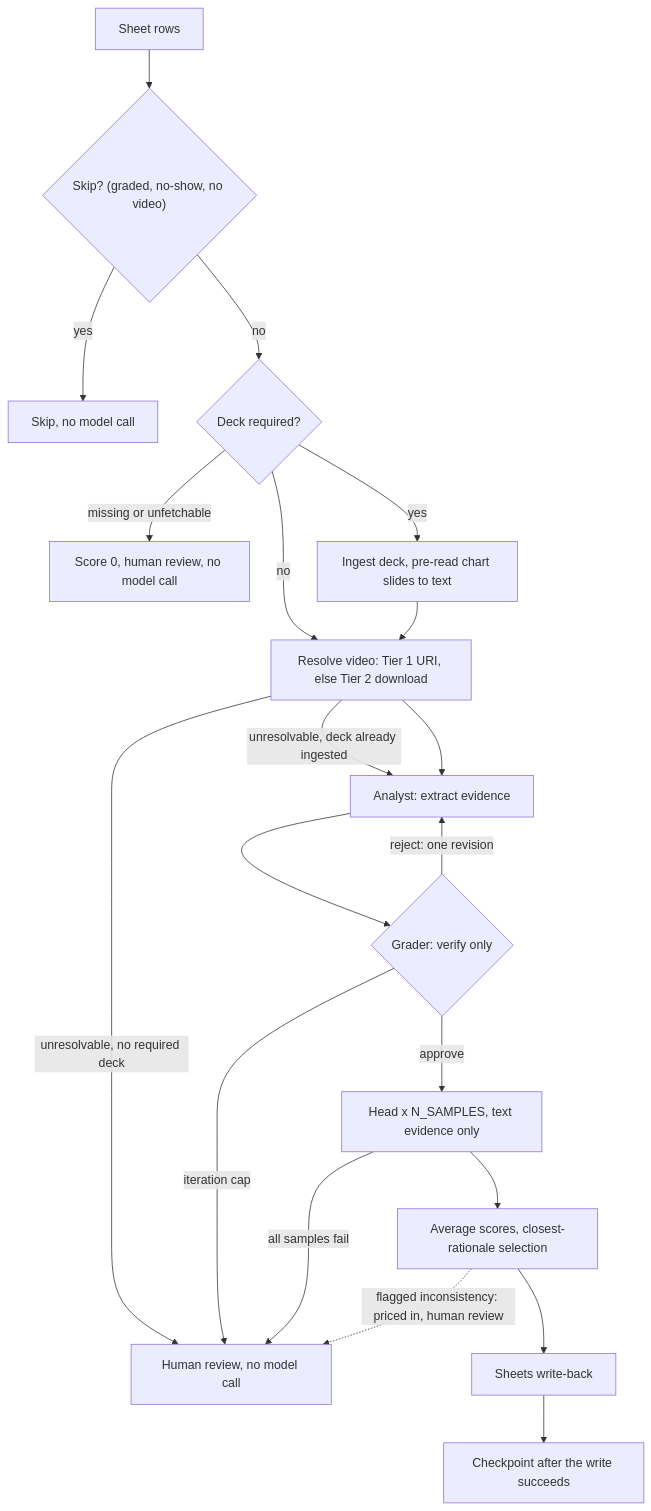
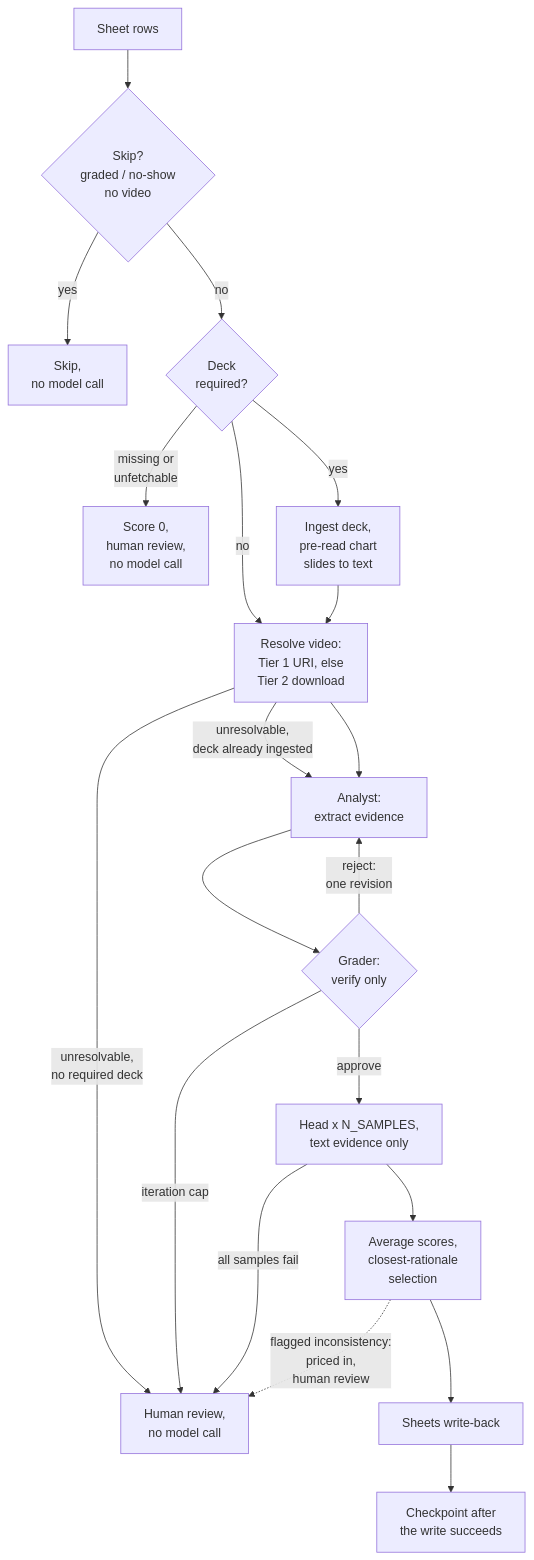
The diagram in README.md (NBeibarys/Project-AI-Judge), drawn with Mermaid before and after one commit.

Commit message:
docs: wrap mermaid labels so GitHub stops clipping them

````diff
--- a/README.md
+++ b/README.md
@@ -47,22 +47,22 @@
 ```mermaid
 flowchart TD
-    sheet["Sheet rows"] --> gate{"Skip? (graded, no-show, no video)"}
-    gate -->|yes| skip["Skip, no model call"]
-    gate -->|no| deck{"Deck required?"}
-    deck -->|"missing or unfetchable"| zero["Score 0, human review, no model call"]
-    deck -->|yes| ingest["Ingest deck, pre-read chart slides to text"]
-    deck -->|no| video["Resolve video: Tier 1 URI, else Tier 2 download"]
+    sheet["Sheet rows"] --> gate{"Skip?<br/>graded / no-show<br/>no video"}
+    gate -->|yes| skip["Skip,<br/>no model call"]
+    gate -->|no| deck{"Deck<br/>required?"}
+    deck -->|"missing or<br/>unfetchable"| zero["Score 0,<br/>human review,<br/>no model call"]
+    deck -->|yes| ingest["Ingest deck,<br/>pre-read chart<br/>slides to text"]
+    deck -->|no| video["Resolve video:<br/>Tier 1 URI, else<br/>Tier 2 download"]
     ingest --> video
-    video -->|"unresolvable, no required deck"| human["Human review, no model call"]
-    video -->|"unresolvable, deck already ingested"| analyst["Analyst: extract evidence"]
-    video --> analyst["Analyst: extract evidence"]
-    analyst --> grader{"Grader: verify only"}
-    grader -->|"reject: one revision"| analyst
-    grader -->|approve| head["Head x N_SAMPLES, text evidence only"]
+    video -->|"unresolvable,<br/>no required deck"| human["Human review,<br/>no model call"]
+    video -->|"unresolvable,<br/>deck already ingested"| analyst["Analyst:<br/>extract evidence"]
+    video --> analyst
+    analyst --> grader{"Grader:<br/>verify only"}
+    grader -->|"reject:<br/>one revision"| analyst
+    grader -->|approve| head["Head x N_SAMPLES,<br/>text evidence only"]
     grader -->|"iteration cap"| human
     head -->|"all samples fail"| human
-    head --> avg["Average scores, closest-rationale selection"]
-    avg -.->|"flagged inconsistency: priced in, human review"| human
+    head --> avg["Average scores,<br/>closest-rationale<br/>selection"]
+    avg -.->|"flagged inconsistency:<br/>priced in,<br/>human review"| human
     avg --> write["Sheets write-back"]
-    write --> cp["Checkpoint after the write succeeds"]
+    write --> cp["Checkpoint after<br/>the write succeeds"]
 ```
````
